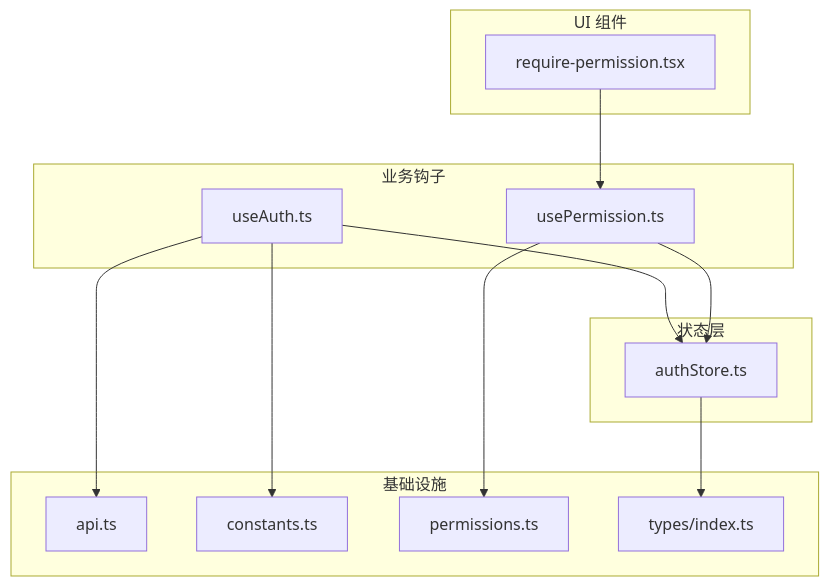
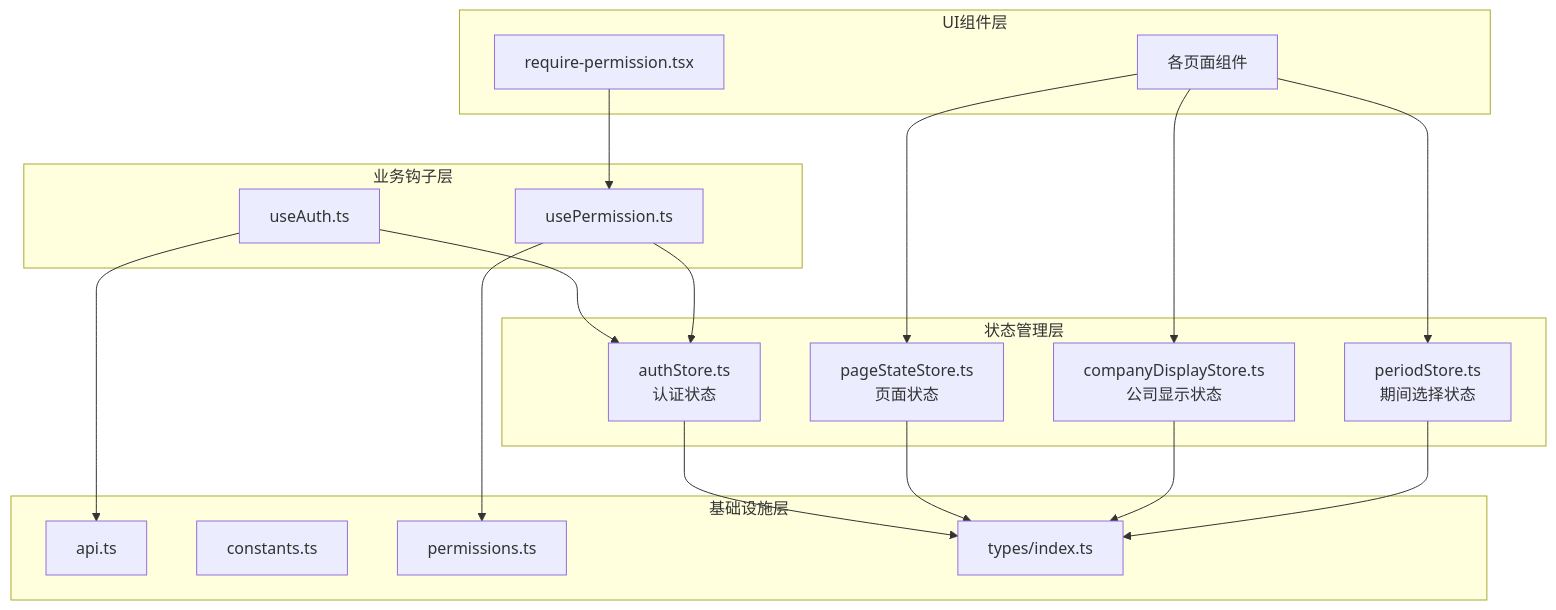
Before and after one commit to Damao997/newproject: the first of 7 diagrams in .qoder/repowiki/zh/content/架构设计/状态管理/Zustand Store设计.md, drawn with Mermaid. The commit also changed other lines of this file and 22 other files, not shown here.

````diff
--- a/.qoder/repowiki/zh/content/架构设计/状态管理/Zustand Store设计.md
+++ b/.qoder/repowiki/zh/content/架构设计/状态管理/Zustand Store设计.md
@@ -38,26 +51,35 @@
 ```mermaid
 graph TB
-subgraph "状态层"
-A["authStore.ts"]
+subgraph "状态管理层"
+A["authStore.ts<br/>认证状态"]
+B["pageStateStore.ts<br/>页面状态"]
+C["companyDisplayStore.ts<br/>公司显示状态"]
+D["periodStore.ts<br/>期间选择状态"]
 end
-subgraph "业务钩子"
-B["useAuth.ts"]
-C["usePermission.ts"]
+subgraph "业务钩子层"
+E["useAuth.ts"]
+F["usePermission.ts"]
 end
-subgraph "UI 组件"
-D["require-permission.tsx"]
+subgraph "UI组件层"
+G["require-permission.tsx"]
+H["各页面组件"]
 end
-subgraph "基础设施"
-E["api.ts"]
-F["constants.ts"]
-G["permissions.ts"]
-H["types/index.ts"]
+subgraph "基础设施层"
+I["api.ts"]
+J["constants.ts"]
+K["permissions.ts"]
+L["types/index.ts"]
 end
-B --> A
-C --> A
-D --> C
-B --> E
-B --> F
-C --> G
-A --> H
+E --> A
+F --> A
+G --> F
+H --> B
+H --> C
+H --> D
+E --> I
+F --> K
+A --> L
+B --> L
+C --> L
+D --> L
 ```
````
